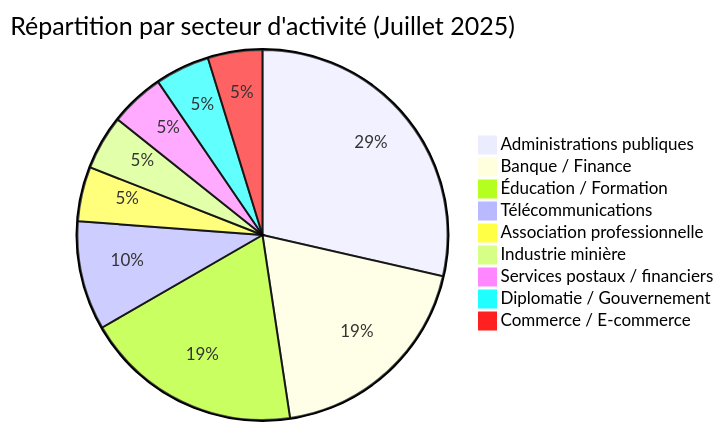
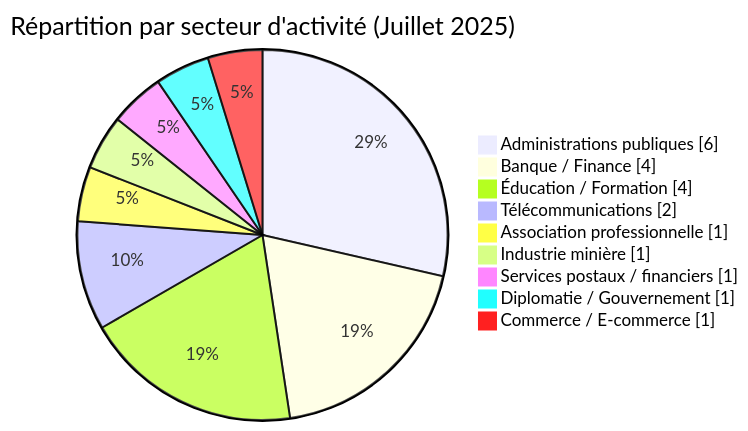
The second of 6 diagrams in CyberAttackAfrica/2025/07-july/README_FR.md (Hatchepsoute/AFRINTEL), drawn with Mermaid before and after one commit. The commit also changed other lines of this file and 182 other files, not shown here.

````diff
--- a/CyberAttackAfrica/2025/07-july/README_FR.md
+++ b/CyberAttackAfrica/2025/07-july/README_FR.md
@@ -76,12 +79,13 @@
 ```mermaid
-pie title Répartition par secteur d'activité (Juillet 2025)
+pie showData
+    title Répartition par secteur d'activité (Juillet 2025)
     "Administrations publiques" : 6
     "Banque / Finance" : 4
     "Éducation / Formation" : 4
     "Télécommunications" : 2
     "Association professionnelle" : 1
     "Industrie minière" : 1
     "Services postaux / financiers" : 1
     "Diplomatie / Gouvernement" : 1
     "Commerce / E-commerce" : 1
 ```
````
